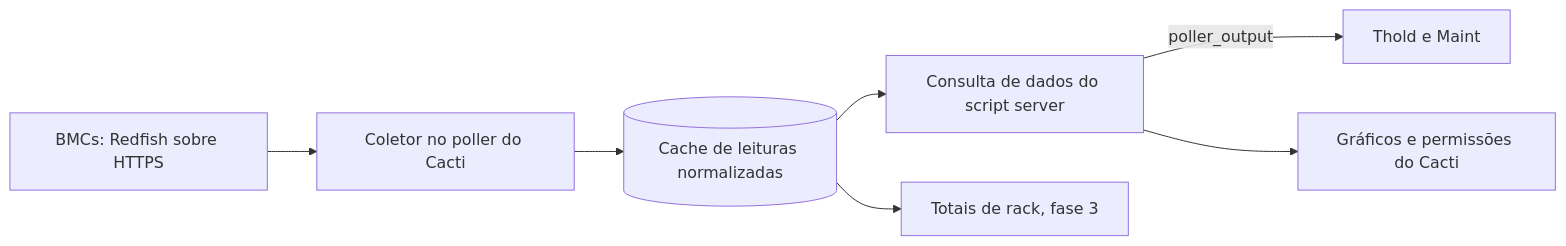
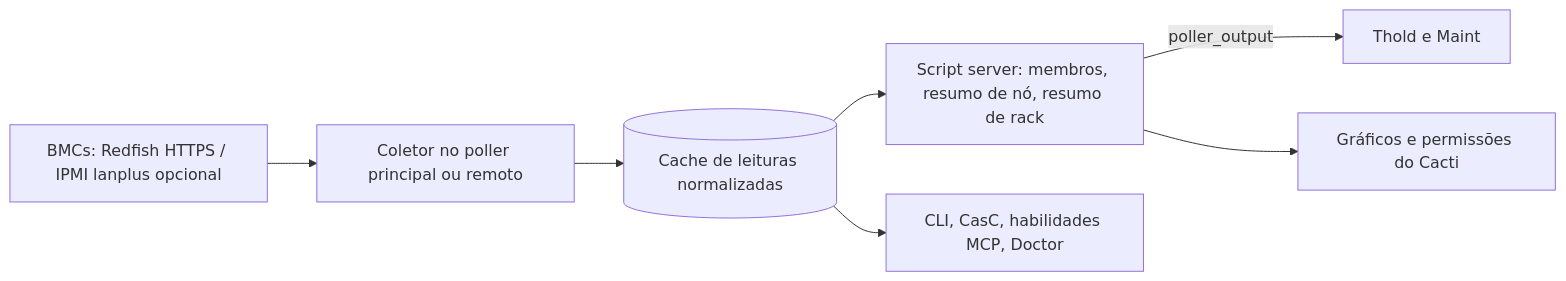
Before and after one commit to somethingwithproof/plugin_redfish: the diagram in docs/i18n/pt-BR/README.md, drawn with Mermaid. The commit also changed other lines of this file and 47 other files, not shown here.

````diff
--- a/docs/i18n/pt-BR/README.md
+++ b/docs/i18n/pt-BR/README.md
@@ -100,9 +140,9 @@
 ```mermaid
 flowchart LR
-    BMC[BMCs: Redfish sobre HTTPS] --> C[Coletor no poller do Cacti]
+    BMC["BMCs: Redfish HTTPS / IPMI lanplus opcional"] --> C["Coletor no poller principal ou remoto"]
     C --> CACHE[(Cache de leituras normalizadas)]
-    CACHE --> SS[Consulta de dados do script server]
+    CACHE --> SS["Script server: membros, resumo de nó, resumo de rack"]
     SS -->|poller_output| T[Thold e Maint]
     SS --> G[Gráficos e permissões do Cacti]
-    CACHE --> R[Totais de rack, fase 3]
+    CACHE --> ECO["CLI, CasC, habilidades MCP, Doctor"]
 ```
````
